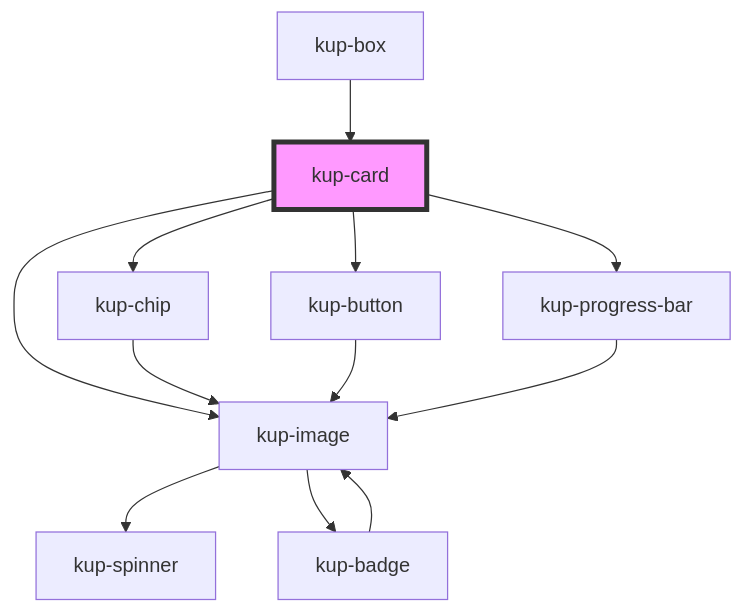
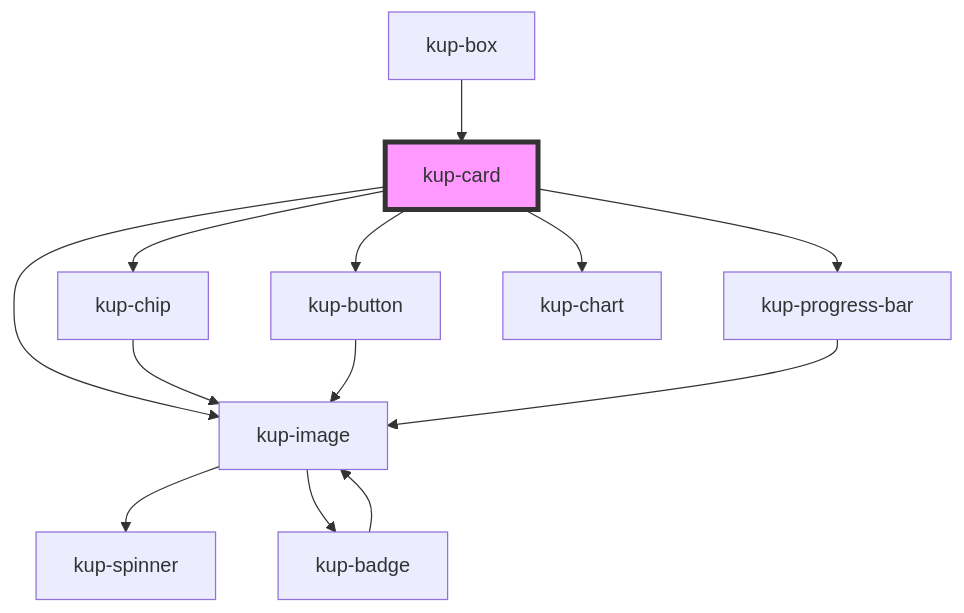
Before and after one commit to smeup/ketchup: the diagram in packages/ketchup/src/components/kup-card/readme.md, drawn with Mermaid. The commit also changed other lines of this file and 7 other files, not shown here.

````diff
--- a/packages/ketchup/src/components/kup-card/readme.md
+++ b/packages/ketchup/src/components/kup-card/readme.md
@@ -44,15 +45,16 @@
 ```mermaid
 graph TD;
   kup-card --> kup-image
   kup-card --> kup-chip
   kup-card --> kup-button
   kup-card --> kup-progress-bar
+  kup-card --> kup-chart
   kup-image --> kup-spinner
   kup-image --> kup-badge
   kup-badge --> kup-image
   kup-chip --> kup-image
   kup-button --> kup-image
   kup-progress-bar --> kup-image
   kup-box --> kup-card
   style kup-card fill:#f9f,stroke:#333,stroke-width:4px
 ```
````
